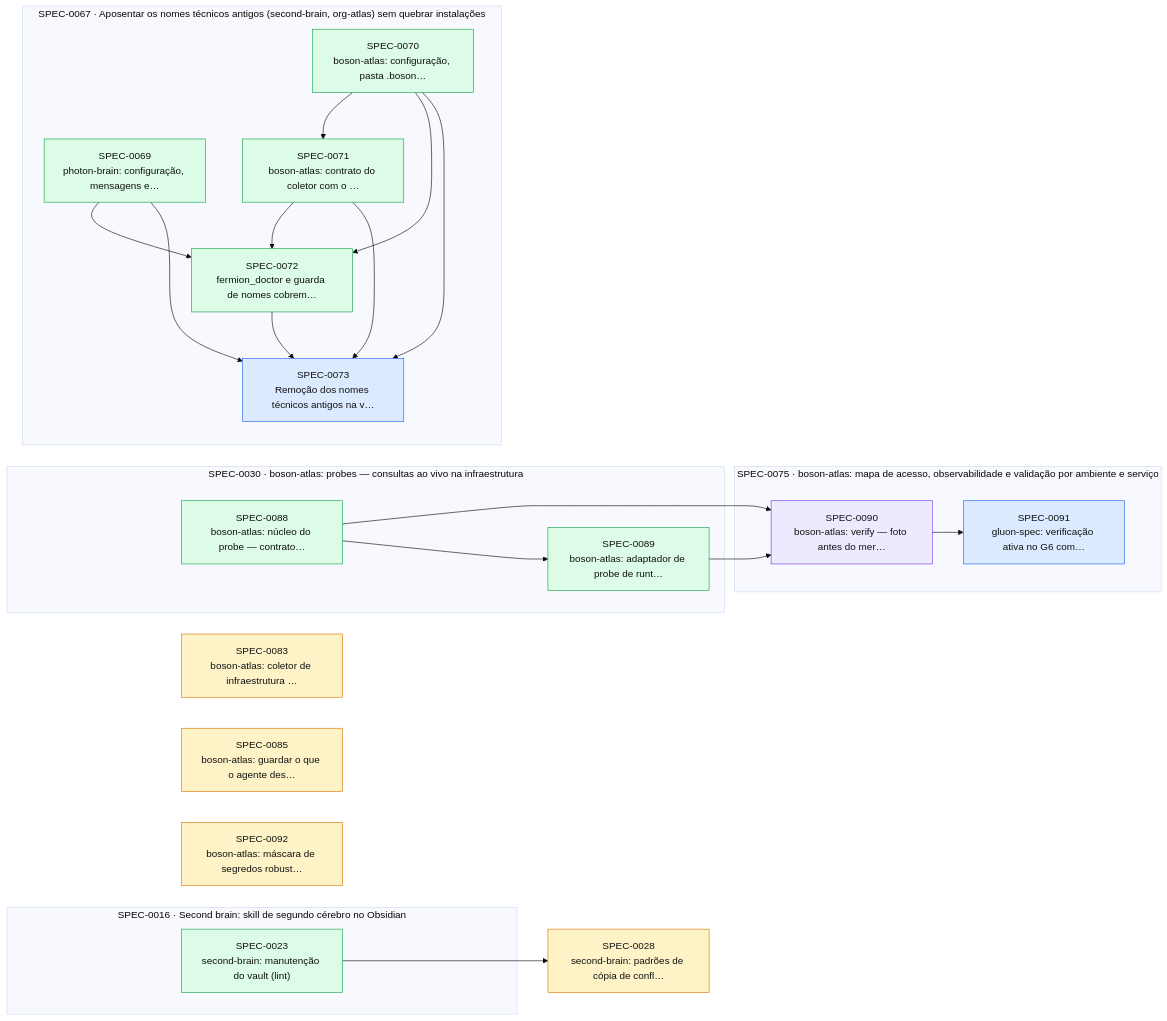
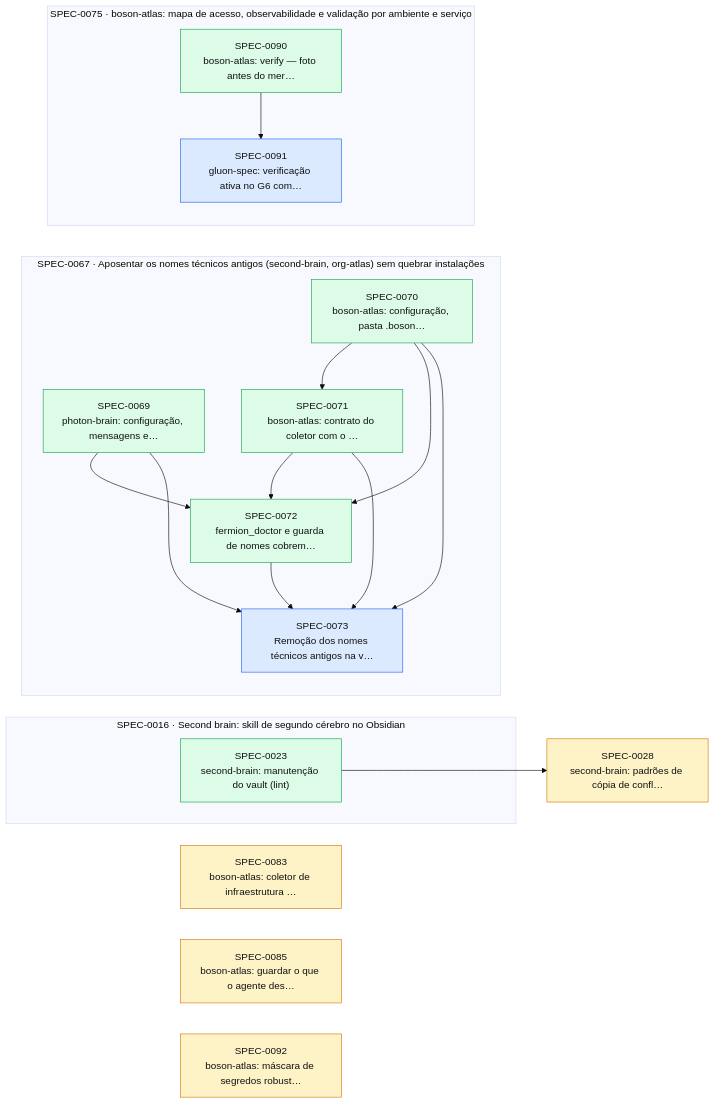
Before and after one commit to thomasravache/ai-dev-brain: the diagram in docs/specs/INDEX.md, drawn with Mermaid (base theme). The commit also changed other lines of this file and 1 other file, not shown here.

First line of the commit message:
docs(specs): G7 e fechamento da SPEC-0090

````diff
--- a/docs/specs/INDEX.md
+++ b/docs/specs/INDEX.md
@@ -66,43 +65,36 @@
 ```mermaid
 flowchart LR
   S0028["SPEC-0028<br/>second-brain: padrões de cópia de confl…"]:::proposed
   S0083["SPEC-0083<br/>boson-atlas: coletor de infraestrutura …"]:::proposed
   S0085["SPEC-0085<br/>boson-atlas: guardar o que o agente des…"]:::proposed
   S0092["SPEC-0092<br/>boson-atlas: máscara de segredos robust…"]:::proposed
   subgraph E0016["SPEC-0016 · Second brain: skill de segundo cérebro no Obsidian"]
     S0023["SPEC-0023<br/>second-brain: manutenção do vault (lint)"]:::implemented
   end
-  subgraph E0030["SPEC-0030 · boson-atlas: probes — consultas ao vivo na infraestrutura"]
-    S0088["SPEC-0088<br/>boson-atlas: núcleo do probe — contrato…"]:::implemented
-    S0089["SPEC-0089<br/>boson-atlas: adaptador de probe de runt…"]:::implemented
-  end
   subgraph E0067["SPEC-0067 · Aposentar os nomes técnicos antigos (second-brain, org-atlas) sem quebrar instalações"]
     S0069["SPEC-0069<br/>photon-brain: configuração, mensagens e…"]:::implemented
     S0070["SPEC-0070<br/>boson-atlas: configuração, pasta .boson…"]:::implemented
     S0071["SPEC-0071<br/>boson-atlas: contrato do coletor com o …"]:::implemented
     S0072["SPEC-0072<br/>fermion_doctor e guarda de nomes cobrem…"]:::implemented
     S0073["SPEC-0073<br/>Remoção dos nomes técnicos antigos na v…"]:::approved
   end
   subgraph E0075["SPEC-0075 · boson-atlas: mapa de acesso, observabilidade e validação por ambiente e serviço"]
-    S0090["SPEC-0090<br/>boson-atlas: verify — foto antes do mer…"]:::inprogress
+    S0090["SPEC-0090<br/>boson-atlas: verify — foto antes do mer…"]:::implemented
     S0091["SPEC-0091<br/>gluon-spec: verificação ativa no G6 com…"]:::approved
   end
   S0023 --> S0028
   S0070 --> S0071
   S0069 --> S0072
   S0070 --> S0072
   S0071 --> S0072
   S0069 --> S0073
   S0070 --> S0073
   S0071 --> S0073
   S0072 --> S0073
-  S0088 --> S0089
-  S0088 --> S0090
-  S0089 --> S0090
   S0090 --> S0091
   classDef proposed fill:#fef3c7,stroke:#d97706,color:#111
   classDef approved fill:#dbeafe,stroke:#2563eb,color:#111
   classDef inprogress fill:#ede9fe,stroke:#7c3aed,color:#111
   classDef implemented fill:#dcfce7,stroke:#16a34a,color:#111
   classDef deprecated fill:#f3f4f6,stroke:#9ca3af,color:#6b7280
 ```
````
